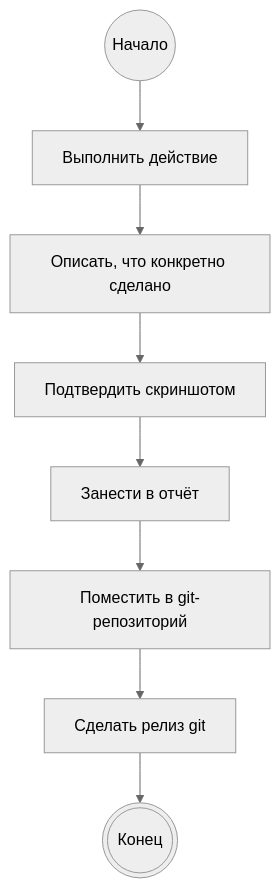
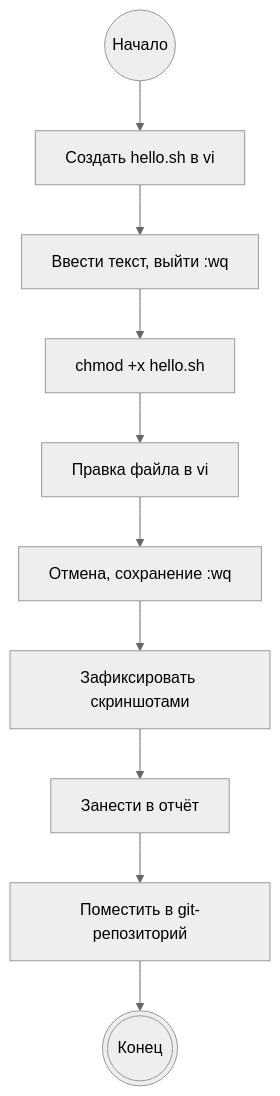
The first of 2 diagrams in labs/lab10/report/os-intro-lab10-report.qmd (pakarah/study_2025-2026_os-intro), drawn with Mermaid (neutral theme) before and after one commit. The commit also changed other lines of this file and 15 other files, not shown here.

````diff
--- a/labs/lab10/report/os-intro-lab10-report.qmd
+++ b/labs/lab10/report/os-intro-lab10-report.qmd
@@ -62,11 +66,13 @@
 ```{mermaid}
 %%| fig-width: 100%
 graph TD
-    A@{ shape: circle, label: "Начало" } --> B[Выполнить действие]
-    B --> C[Описать, что конкретно сделано]
-    C --> D[Подтвердить скриншотом]
-    D --> E[Занести в отчёт]
-    E --> F[Поместить в git-репозиторий]
-    F --> G[Сделать релиз git]
-    G --> J@{ shape: dbl-circ, label: "Конец" }
+    A@{ shape: circle, label: "Начало" } --> B[Создать hello.sh в vi]
+    B --> C[Ввести текст, выйти :wq]
+    C --> D[chmod +x hello.sh]
+    D --> E[Правка файла в vi]
+    E --> F[Отмена, сохранение :wq]
+    F --> G[Зафиксировать скриншотами]
+    G --> H[Занести в отчёт]
+    H --> I[Поместить в git-репозиторий]
+    I --> J@{ shape: dbl-circ, label: "Конец" }
 ```
````
